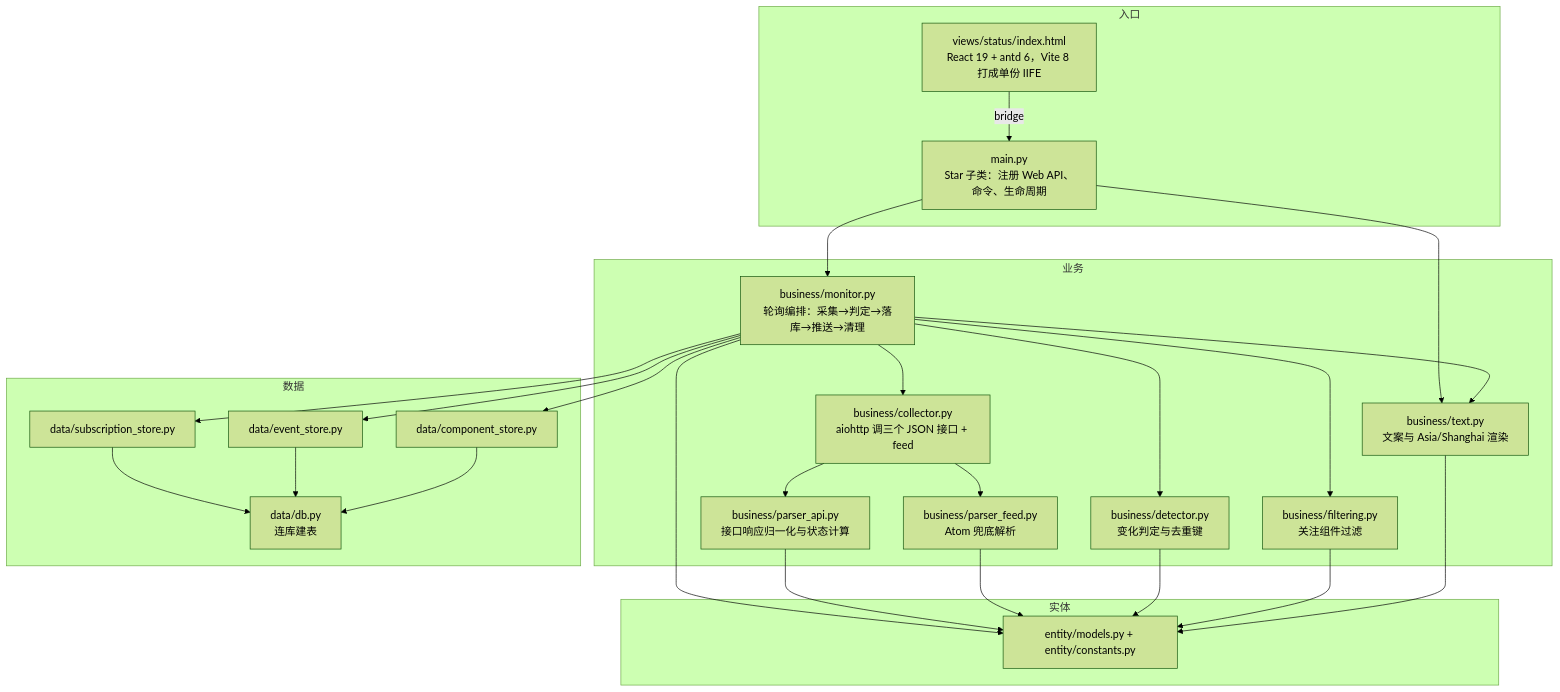
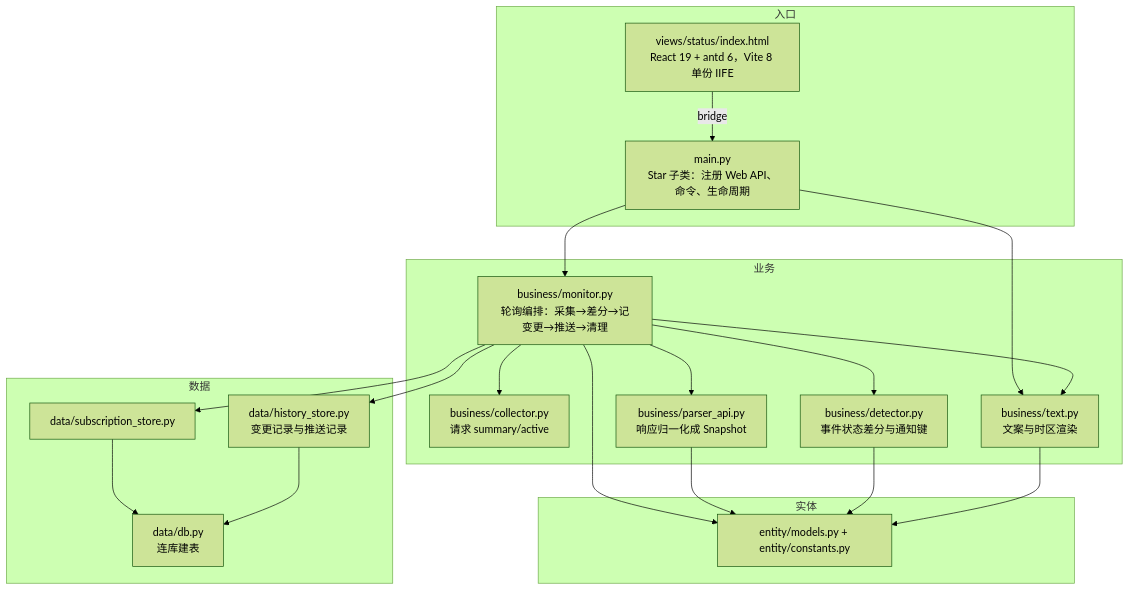
The diagram in specs/deepseek-status-monitor/design.md (w1ndys/astrbot_plugin_deepseek_status), drawn with Mermaid (forest theme) before and after one commit. The commit also changed other lines of this file and 1 other file, not shown here.

````diff
--- a/specs/deepseek-status-monitor/design.md
+++ b/specs/deepseek-status-monitor/design.md
@@ -40,47 +36,38 @@
 ```mermaid
 graph TD
     subgraph 入口
         M[main.py<br/>Star 子类：注册 Web API、命令、生命周期]
-        V[views/status/index.html<br/>React 19 + antd 6，Vite 8 打成单份 IIFE]
+        V[views/status/index.html<br/>React 19 + antd 6，Vite 8 单份 IIFE]
     end
     subgraph 业务
-        MON[business/monitor.py<br/>轮询编排：采集→判定→落库→推送→清理]
-        COL[business/collector.py<br/>aiohttp 调三个 JSON 接口 + feed]
-        PA[business/parser_api.py<br/>接口响应归一化与状态计算]
-        PF[business/parser_feed.py<br/>Atom 兜底解析]
-        DET[business/detector.py<br/>变化判定与去重键]
-        FIL[business/filtering.py<br/>关注组件过滤]
-        TXT[business/text.py<br/>文案与 Asia/Shanghai 渲染]
+        MON[business/monitor.py<br/>轮询编排：采集→差分→记变更→推送→清理]
+        COL[business/collector.py<br/>请求 summary/active]
+        PA[business/parser_api.py<br/>响应归一化成 Snapshot]
+        DET[business/detector.py<br/>事件状态差分与通知键]
+        TXT[business/text.py<br/>文案与时区渲染]
     end
     subgraph 数据
         DB[data/db.py<br/>连库建表]
         SS[data/subscription_store.py]
-        ES[data/event_store.py]
-        CS[data/component_store.py]
+        HS[data/history_store.py<br/>变更记录与推送记录]
     end
     subgraph 实体
         E[entity/models.py + entity/constants.py]
     end
 
     M --> MON
     M --> TXT
     V -->|bridge| M
     MON --> COL
-    COL --> PA
-    COL --> PF
+    MON --> PA
     MON --> DET
-    MON --> FIL
     MON --> TXT
     MON --> SS
-    MON --> ES
-    MON --> CS
+    MON --> HS
     SS --> DB
-    ES --> DB
-    CS --> DB
+    HS --> DB
     MON --> E
     PA --> E
-    PF --> E
     DET --> E
-    FIL --> E
     TXT --> E
 ```
````
